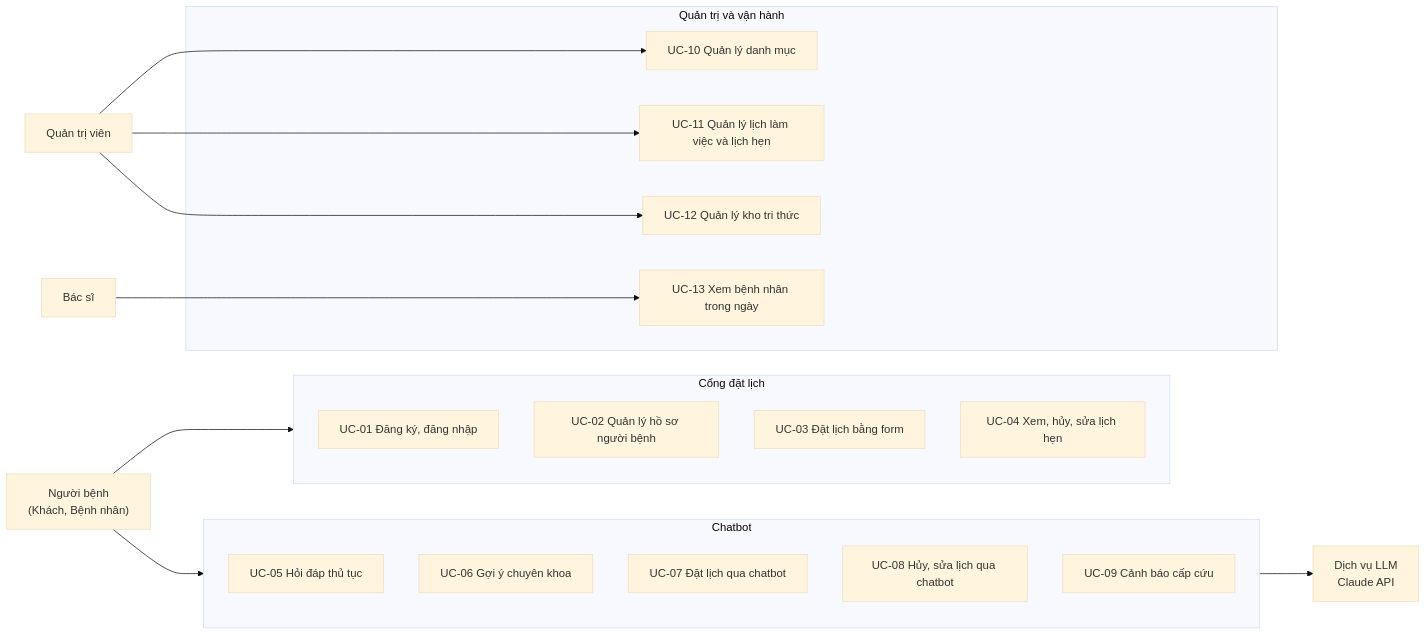
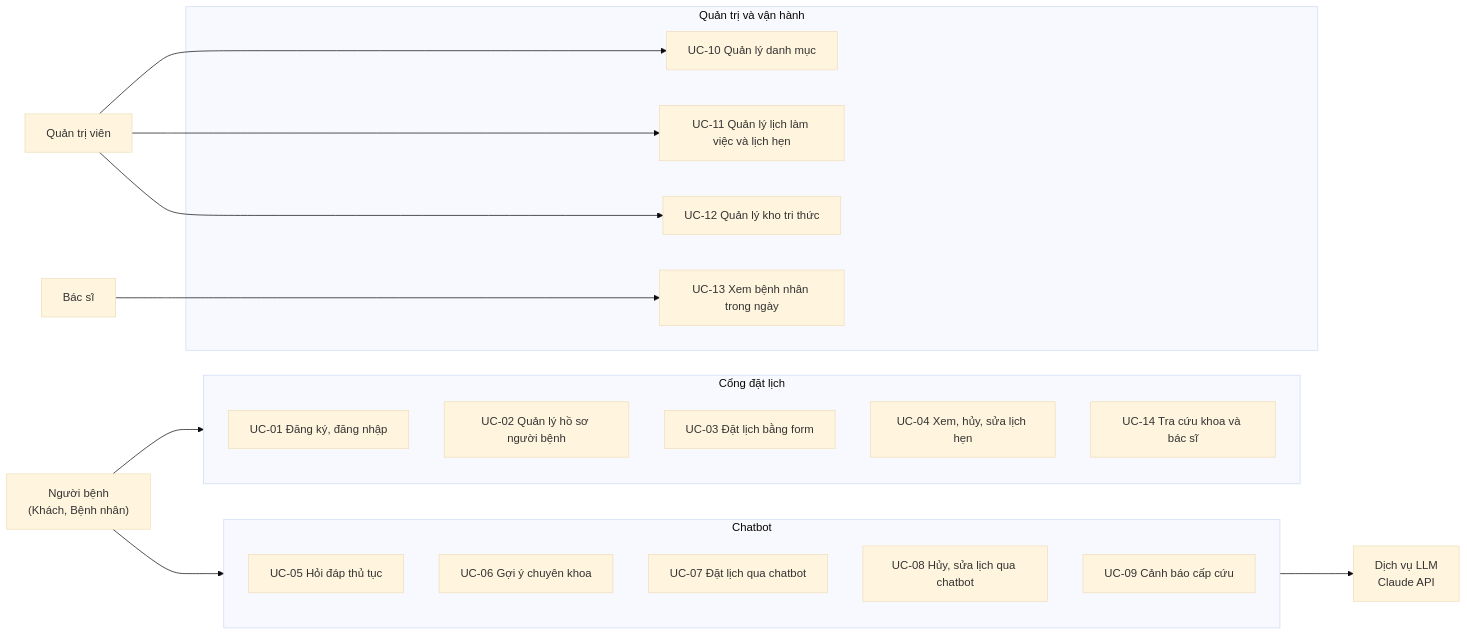
One commit to hieu2204/hospital-booking-chatbot changed the first of 4 diagrams in docs/srs.md. Above: the diagram before and after it, drawn with Mermaid (base theme). The commit also changed other lines of this file, not shown here.

First line of the commit message:
docs(srs): thêm UC-14 tra cứu khoa và bác sĩ, làm rõ FR-04, mở rộng NFR-12

````diff
--- a/docs/srs.md
+++ b/docs/srs.md
@@ -116,33 +116,34 @@
 ```mermaid
 flowchart LR
     NB["Người bệnh<br/>(Khách, Bệnh nhân)"]
     BS["Bác sĩ"]
     QT["Quản trị viên"]
     LLM["Dịch vụ LLM<br/>Claude API"]
     subgraph CB["Chatbot"]
         UC05["UC-05 Hỏi đáp thủ tục"]
         UC06["UC-06 Gợi ý chuyên khoa"]
         UC07["UC-07 Đặt lịch qua chatbot"]
         UC08["UC-08 Hủy, sửa lịch qua chatbot"]
         UC09["UC-09 Cảnh báo cấp cứu"]
     end
     subgraph CD["Cổng đặt lịch"]
         UC01["UC-01 Đăng ký, đăng nhập"]
         UC02["UC-02 Quản lý hồ sơ người bệnh"]
         UC03["UC-03 Đặt lịch bằng form"]
         UC04["UC-04 Xem, hủy, sửa lịch hẹn"]
+        UC14["UC-14 Tra cứu khoa và bác sĩ"]
     end
     subgraph VH["Quản trị và vận hành"]
         UC10["UC-10 Quản lý danh mục"]
         UC11["UC-11 Quản lý lịch làm việc và lịch hẹn"]
         UC12["UC-12 Quản lý kho tri thức"]
         UC13["UC-13 Xem bệnh nhân trong ngày"]
     end
     NB --> CB
     NB --> CD
     CB --> LLM
     QT --> UC10
     QT --> UC11
     QT --> UC12
     BS --> UC13
 ```
````
